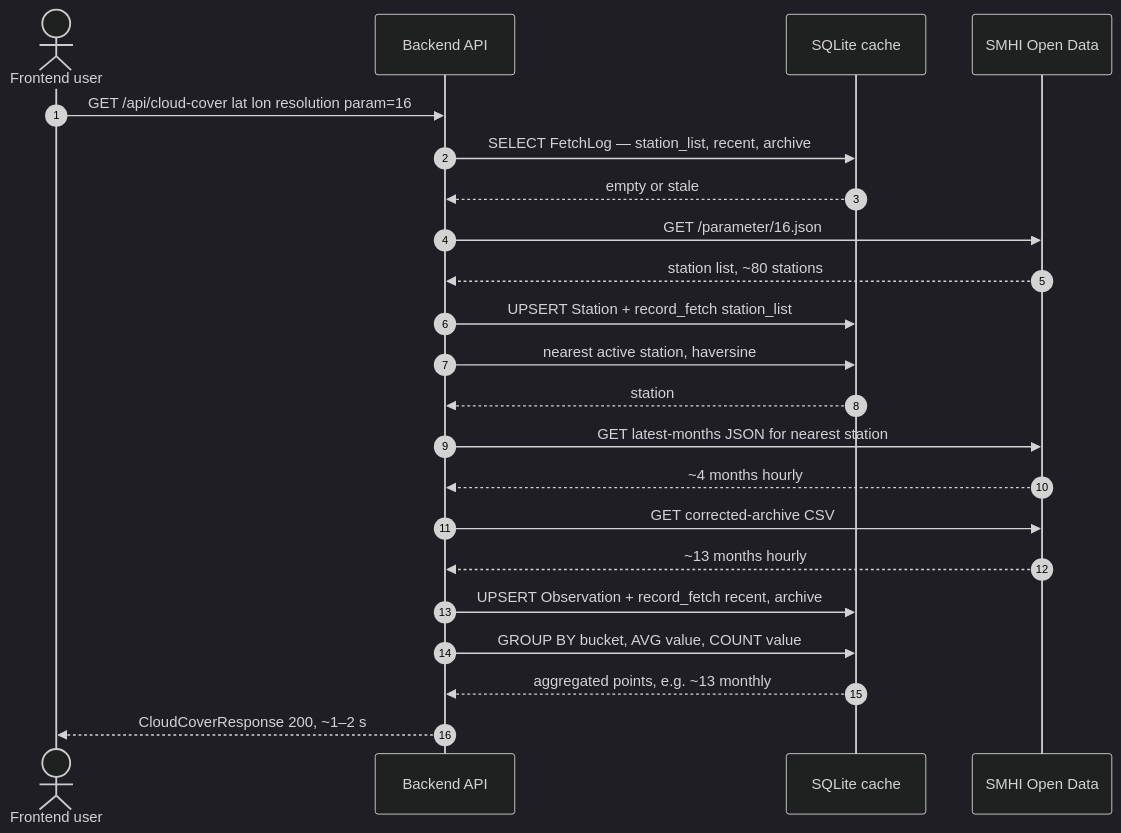
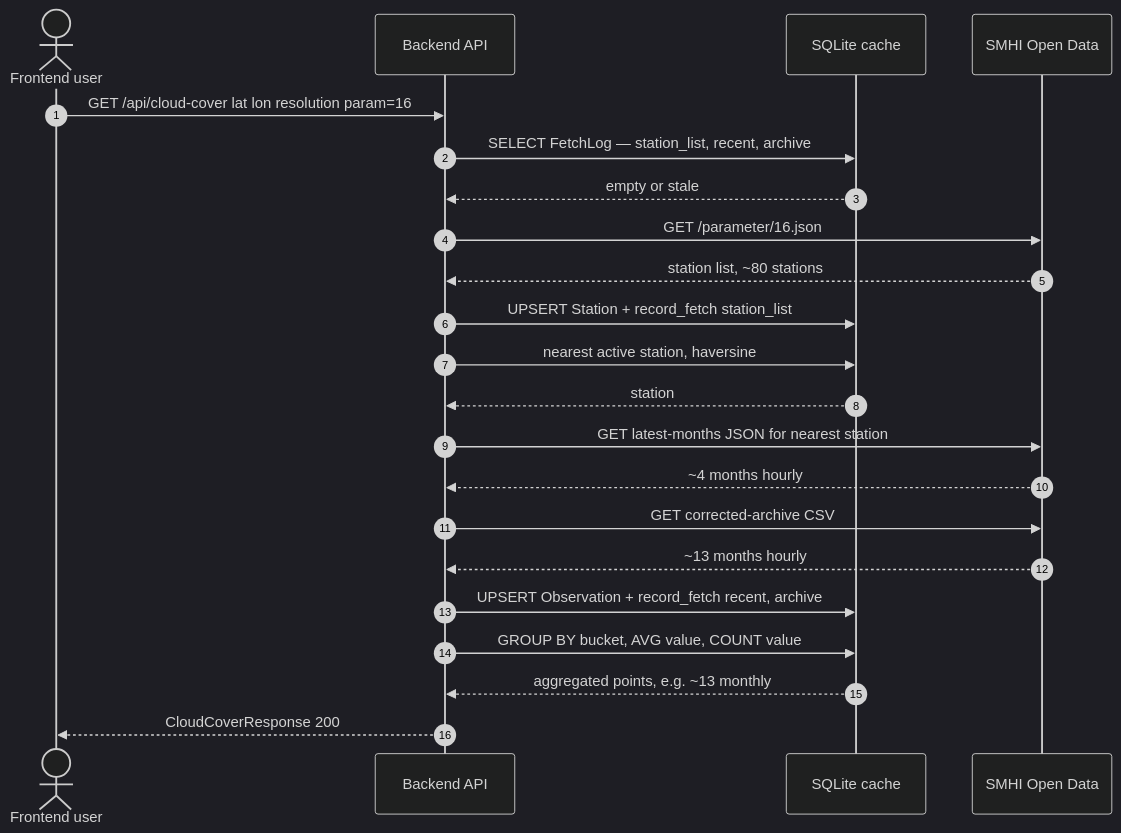
The first of 3 diagrams in README.md (KlasWa/meteo-map-lab), drawn with Mermaid (dark theme) before and after one commit. The commit also changed other lines of this file and 8 other files, not shown here.

````diff
--- a/README.md
+++ b/README.md
@@ -97,25 +97,25 @@
 ```mermaid
 sequenceDiagram
     autonumber
     actor User as Frontend user
     participant API as Backend API
     participant DB as SQLite cache
     participant SMHI as SMHI Open Data
 
     User->>API: GET /api/cloud-cover lat lon resolution param=16
     API->>DB: SELECT FetchLog — station_list, recent, archive
     DB-->>API: empty or stale
     API->>SMHI: GET /parameter/16.json
     SMHI-->>API: station list, ~80 stations
     API->>DB: UPSERT Station + record_fetch station_list
     API->>DB: nearest active station, haversine
     DB-->>API: station
     API->>SMHI: GET latest-months JSON for nearest station
     SMHI-->>API: ~4 months hourly
     API->>SMHI: GET corrected-archive CSV
     SMHI-->>API: ~13 months hourly
     API->>DB: UPSERT Observation + record_fetch recent, archive
     API->>DB: GROUP BY bucket, AVG value, COUNT value
     DB-->>API: aggregated points, e.g. ~13 monthly
-    API-->>User: CloudCoverResponse 200, ~1–2 s
+    API-->>User: CloudCoverResponse 200
 ```
````
